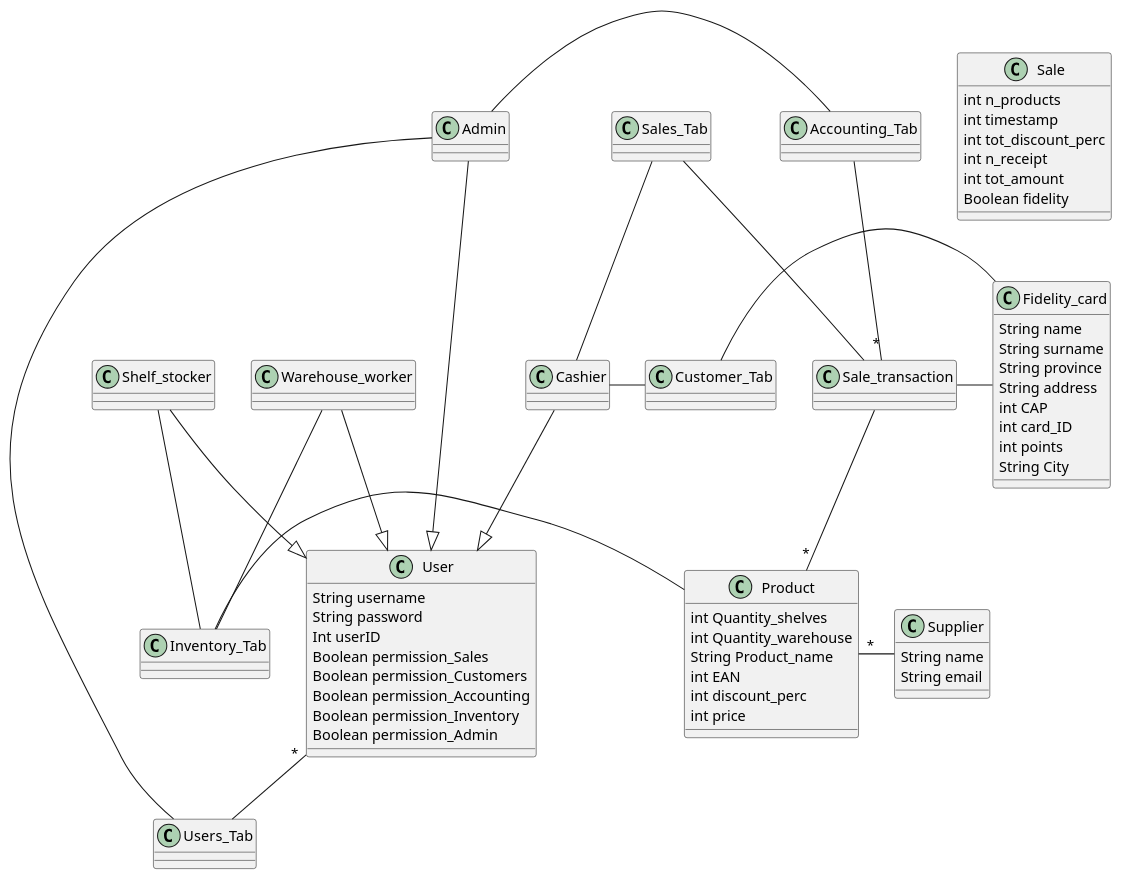
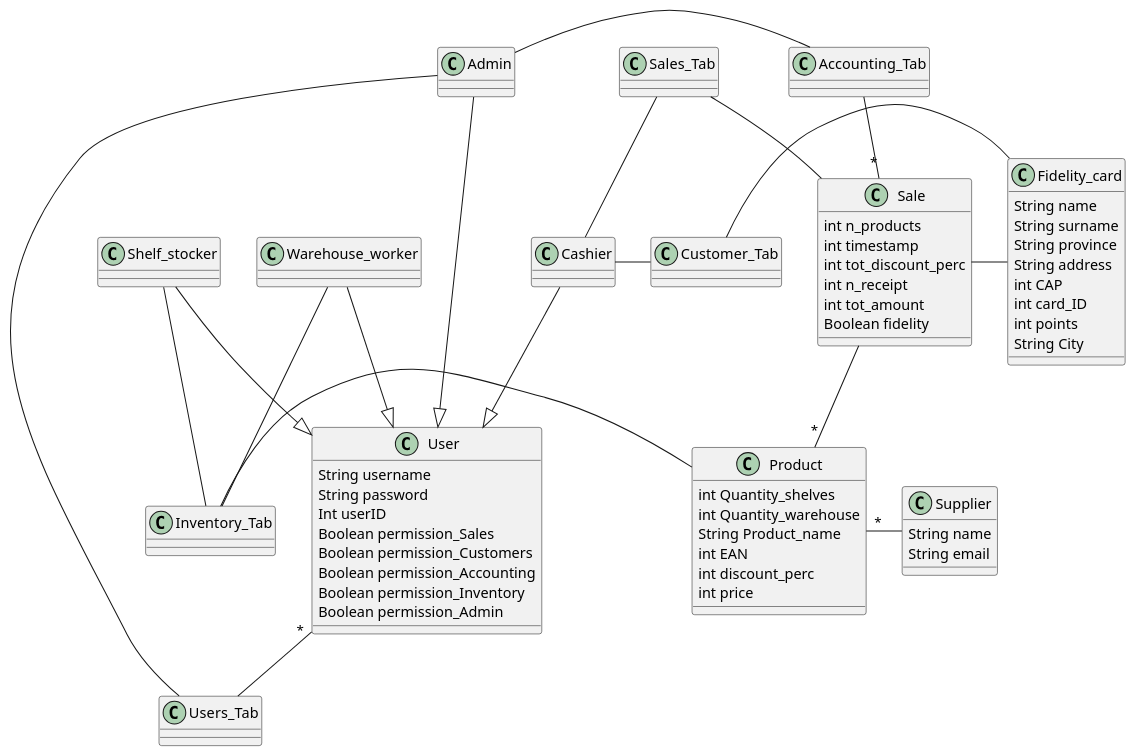
One commit to gioele-scaletta/EZShop-Software-Engineering-Project changed the fourth of 5 diagrams in Deliverables/RequirementsDocument.md. Above: the diagram before and after it, drawn with PlantUML. The commit also changed other lines of this file, not shown here.

Commit message:
version_1.6

````diff
--- a/Deliverables/RequirementsDocument.md
+++ b/Deliverables/RequirementsDocument.md
@@ -721,16 +721,16 @@
 Admin -- Users_Tab
 Inventory_Tab - Product
 Product "*"- Supplier
-Sale_transaction - Fidelity_card
-Sale_transaction -- "*" Product
+Sale - Fidelity_card
+Sale -- "*" Product
 Cashier - Customer_Tab
 Customer_Tab - Fidelity_card
 Warehouse_worker -- Inventory_Tab
 Shelf_stocker -- Inventory_Tab
 Sales_Tab -- Cashier
-Sales_Tab -- Sale_transaction
+Sales_Tab -- Sale
 Admin - Accounting_Tab
-Accounting_Tab --"*" Sale_transaction
+Accounting_Tab --"*" Sale
 
 
 ```
````
